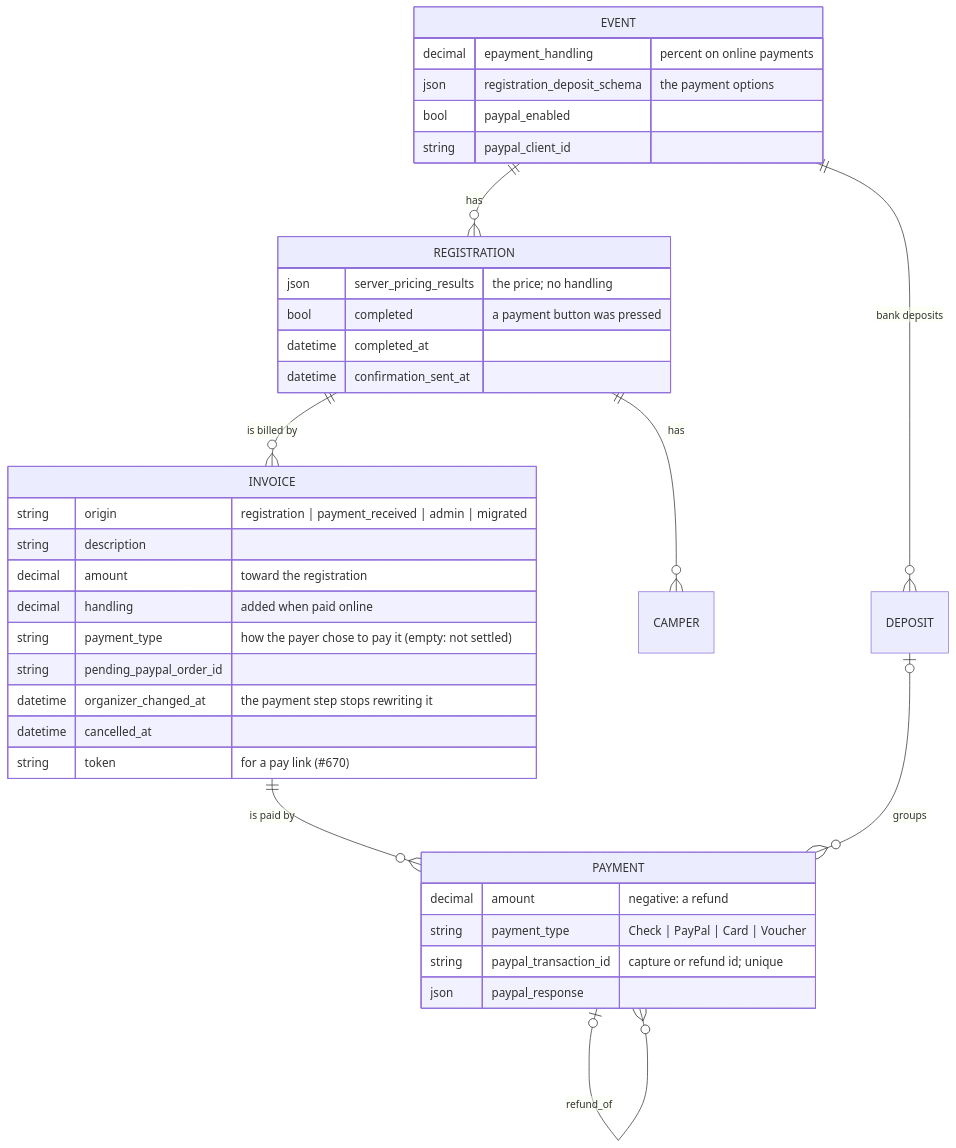
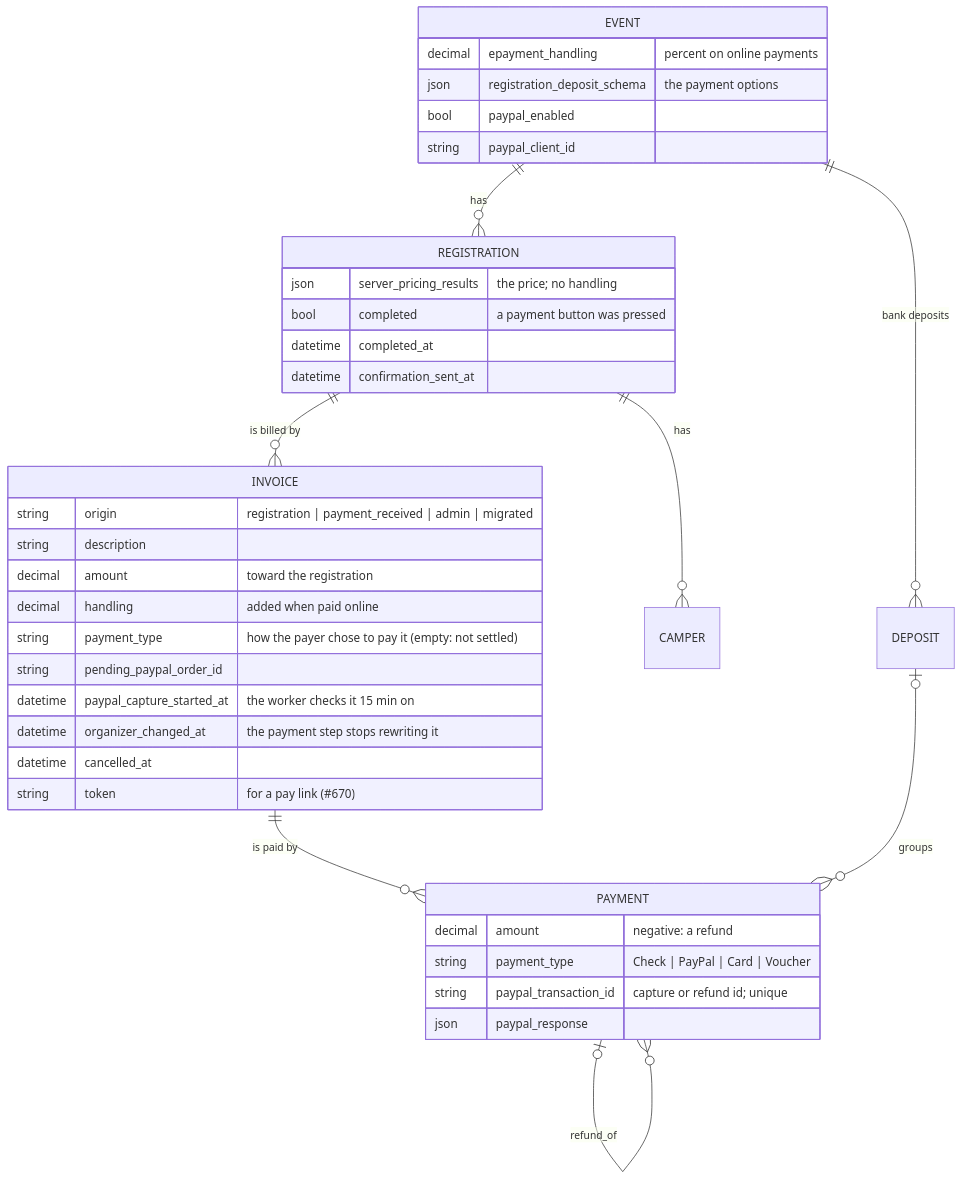
One commit to camphoric/camphoric changed the first of 12 diagrams in doc/payments.md. Above: the diagram before and after it, drawn with Mermaid. The commit also changed other lines of this file and 9 other files, not shown here.

````diff
--- a/doc/payments.md
+++ b/doc/payments.md
@@ -43,39 +43,40 @@
 ```mermaid
 erDiagram
     EVENT ||--o{ REGISTRATION : has
     EVENT ||--o{ DEPOSIT : "bank deposits"
     REGISTRATION ||--o{ CAMPER : has
     REGISTRATION ||--o{ INVOICE : "is billed by"
     INVOICE ||--o{ PAYMENT : "is paid by"
     PAYMENT |o--o{ PAYMENT : "refund_of"
     DEPOSIT |o--o{ PAYMENT : groups
     EVENT {
         decimal epayment_handling "percent on online payments"
         json registration_deposit_schema "the payment options"
         bool paypal_enabled
         string paypal_client_id
     }
     REGISTRATION {
         json server_pricing_results "the price; no handling"
         bool completed "a payment button was pressed"
         datetime completed_at
         datetime confirmation_sent_at
     }
     INVOICE {
         string origin "registration | payment_received | admin | migrated"
         string description
         decimal amount "toward the registration"
         decimal handling "added when paid online"
         string payment_type "how the payer chose to pay it (empty: not settled)"
         string pending_paypal_order_id
+        datetime paypal_capture_started_at "the worker checks it 15 min on"
         datetime organizer_changed_at "the payment step stops rewriting it"
         datetime cancelled_at
         string token "for a pay link (#670)"
     }
     PAYMENT {
         decimal amount "negative: a refund"
         string payment_type "Check | PayPal | Card | Voucher"
         string paypal_transaction_id "capture or refund id; unique"
         json paypal_response
     }
 ```
````
